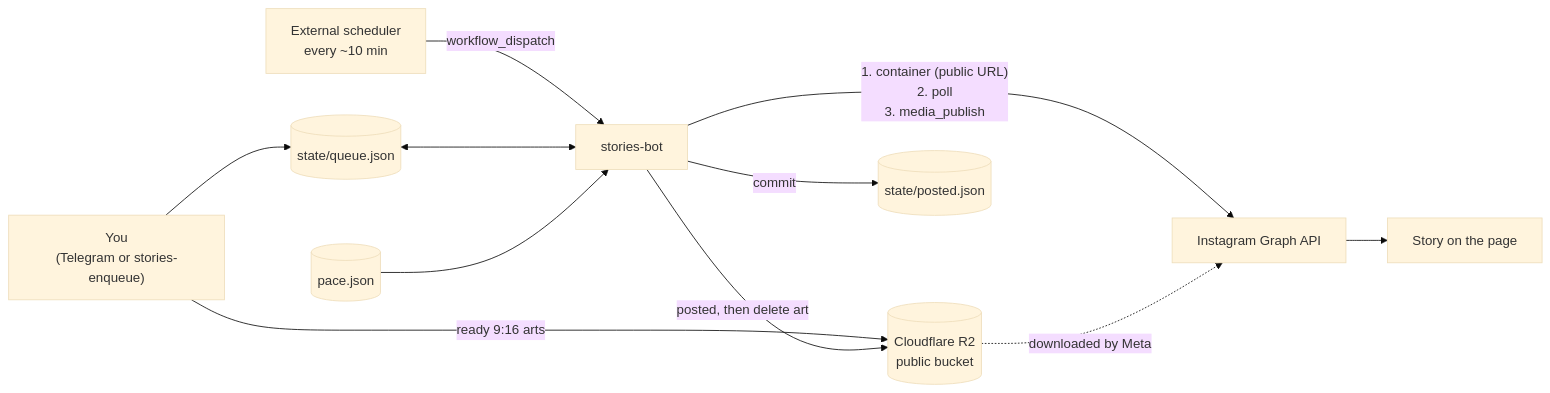
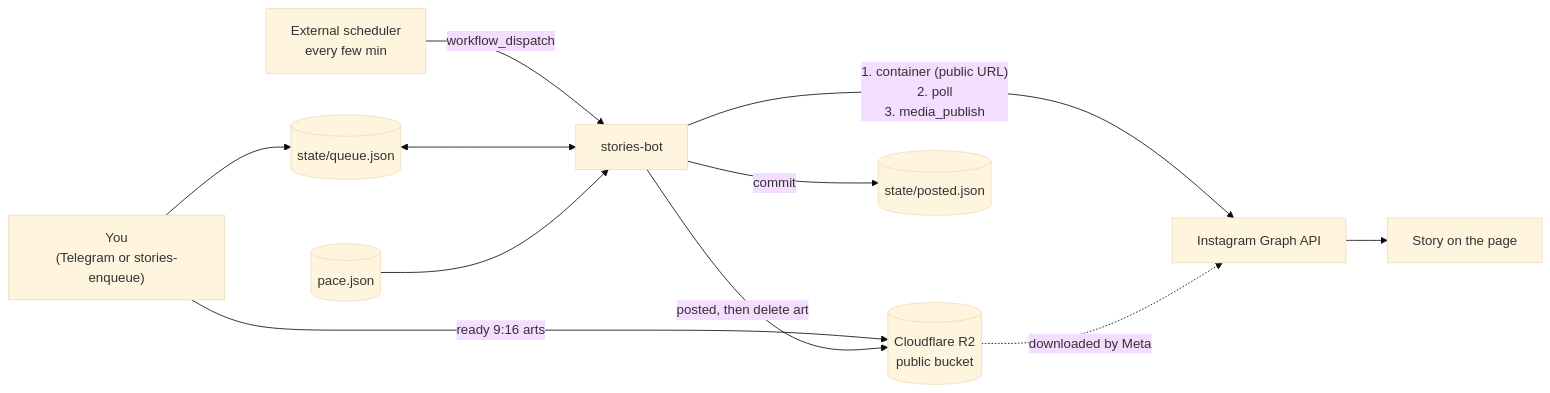
Before and after one commit to pedroalmeidapeixoto/Peixoto-Variedades-Stories: the diagram in README.md, drawn with Mermaid (base theme). The commit also changed other lines of this file and 5 other files, not shown here.

````diff
--- a/README.md
+++ b/README.md
@@ -14,13 +14,13 @@
 ```mermaid
 flowchart LR
     you["You<br/>(Telegram or stories-enqueue)"] -->|"ready 9:16 arts"| r2[("Cloudflare R2<br/>public bucket")]
     you --> queue[("state/queue.json")]
-    trigger["External scheduler<br/>every ~10 min"] -->|"workflow_dispatch"| bot["stories-bot"]
+    trigger["External scheduler<br/>every few min"] -->|"workflow_dispatch"| bot["stories-bot"]
     queue <--> bot
     pace[("pace.json")] --> bot
     bot -->|"1. container (public URL)<br/>2. poll<br/>3. media_publish"| api["Instagram Graph API"]
     r2 -.->|"downloaded by Meta"| api
     api --> ig["Story on the page"]
     bot -->|"posted, then delete art"| r2
     bot -->|"commit"| state[("state/posted.json")]
 ```
````
